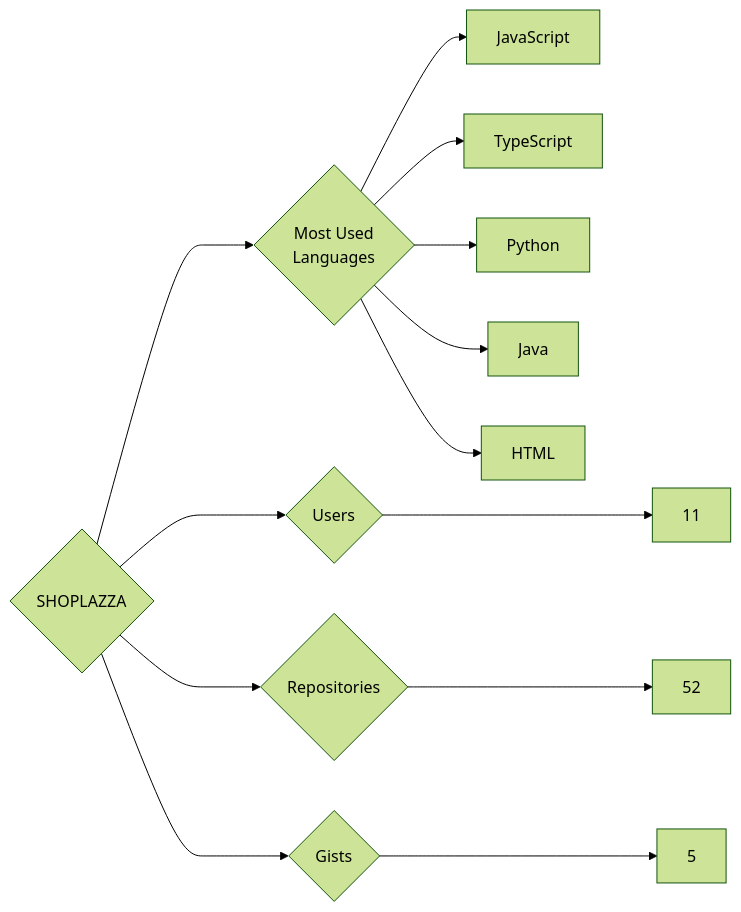
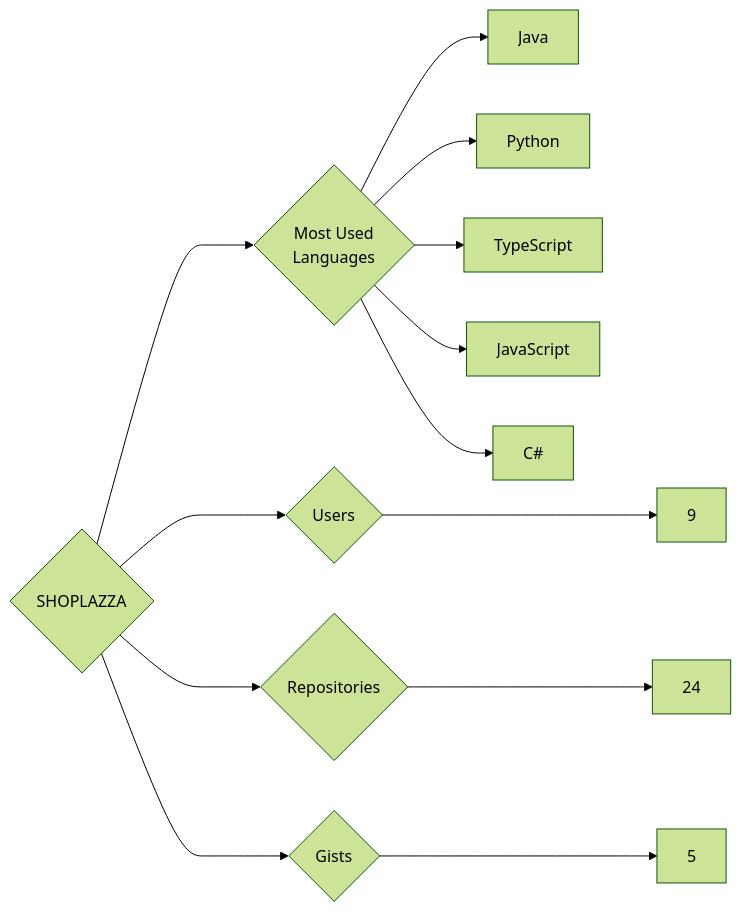
The diagram in targets/SHOPLAZZA/README.md (trickest/insiders), drawn with Mermaid (forest theme) before and after one commit. The commit also changed 1484 other files, not shown here.

````diff
--- a/targets/SHOPLAZZA/README.md
+++ b/targets/SHOPLAZZA/README.md
@@ -3,13 +3,13 @@
 ```mermaid
 graph LR
 COMPANY_NAME{SHOPLAZZA}
-COMPANY_NAME ---> U{Users} ---> UN[11]
-COMPANY_NAME ---> R{Repositories} ---> RN[52]
+COMPANY_NAME ---> U{Users} ---> UN[9]
+COMPANY_NAME ---> R{Repositories} ---> RN[24]
 COMPANY_NAME ---> G{Gists} ---> GN[5]
 COMPANY_NAME ---> ML{Most Used<br>Languages}
+ML --> Java[Java]
+ML --> Python[Python]
+ML --> TypeScript[TypeScript]
 ML --> JavaScript[JavaScript]
-ML --> TypeScript[TypeScript]
-ML --> Python[Python]
-ML --> Java[Java]
-ML --> HTML[HTML]
+ML --> C#[C#]
 ```
````
